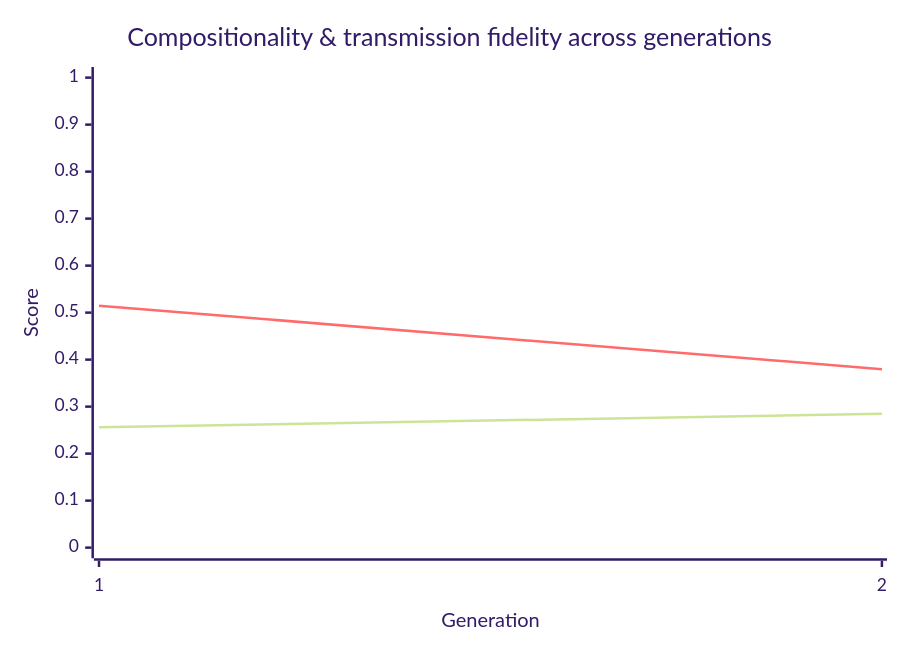
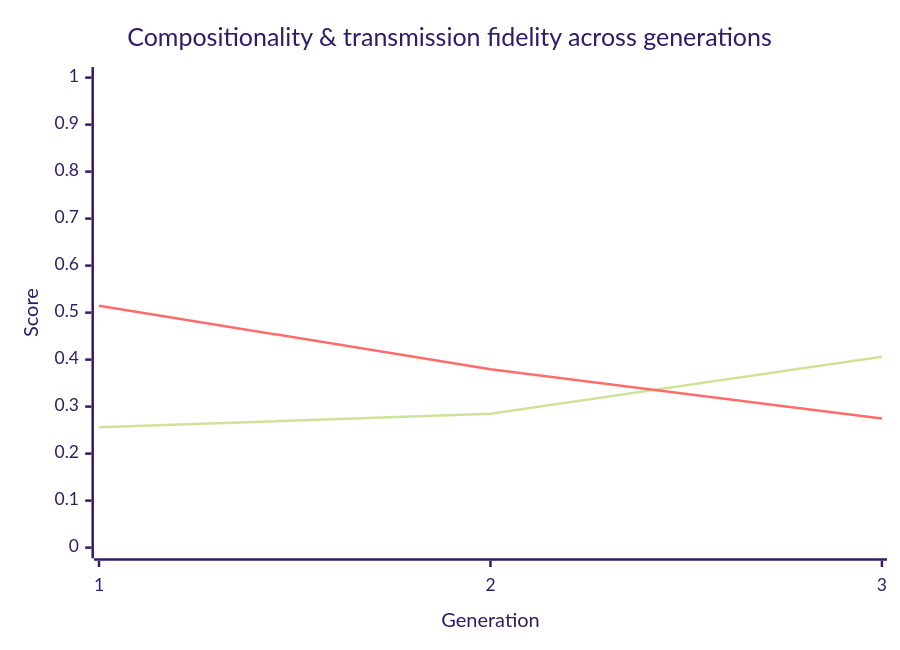
The diagram in metrics/latest-report.md (nichobbs/traditio), drawn with Mermaid (forest theme) before and after one commit. The commit also changed other lines of this file and 1 other file, not shown here.

````diff
--- a/metrics/latest-report.md
+++ b/metrics/latest-report.md
@@ -40,8 +40,8 @@
 ```mermaid
 xychart-beta
     title "Compositionality & transmission fidelity across generations"
-    x-axis "Generation" [1, 2]
+    x-axis "Generation" [1, 2, 3]
     y-axis "Score" 0 --> 1
-    line "Compositionality" [0.2559, 0.2849]
-    line "Transmission Fidelity" [0.5148, 0.3796]
+    line "Compositionality" [0.2559, 0.2849, 0.4060]
+    line "Transmission Fidelity" [0.5148, 0.3796, 0.2746]
 ```
````
